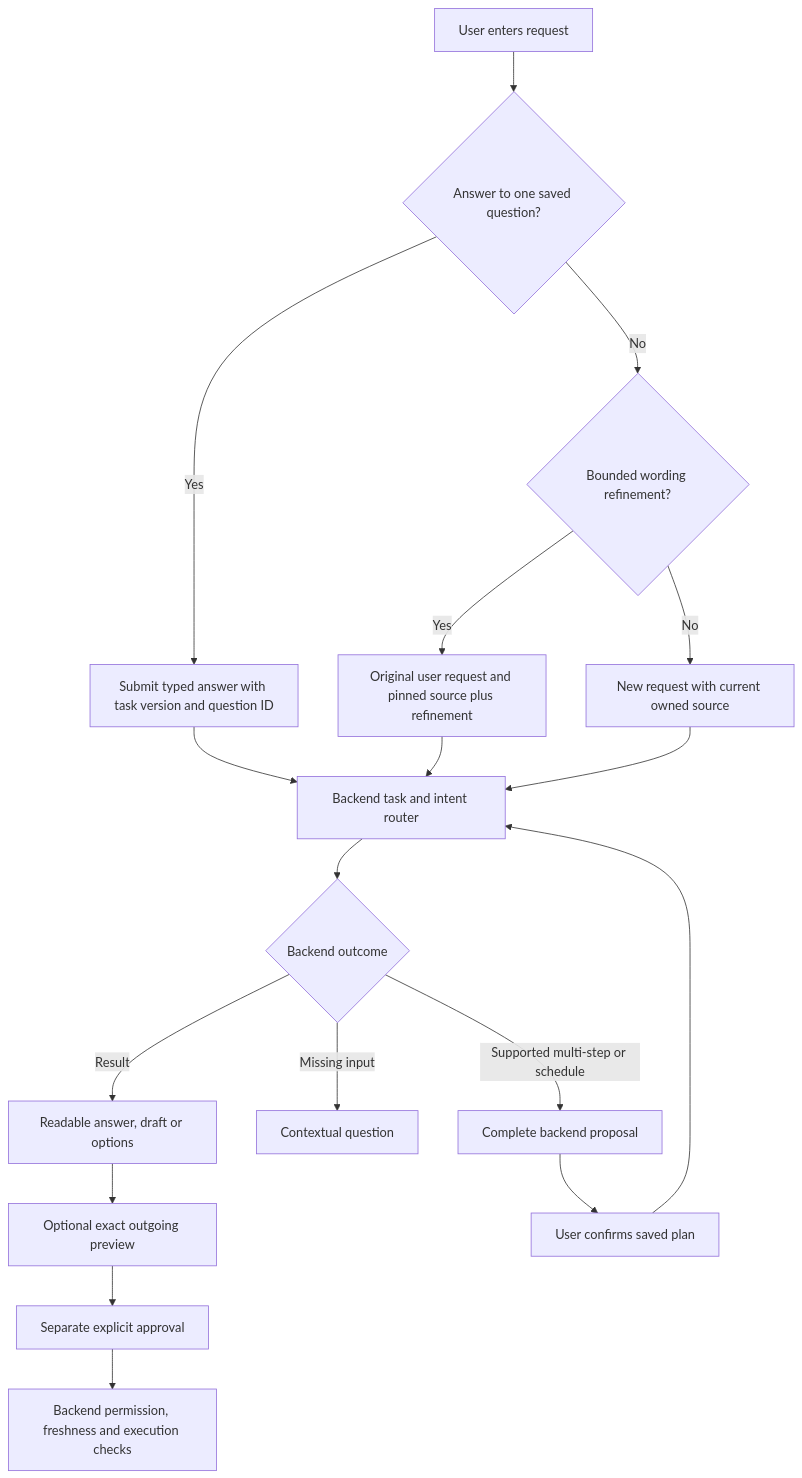
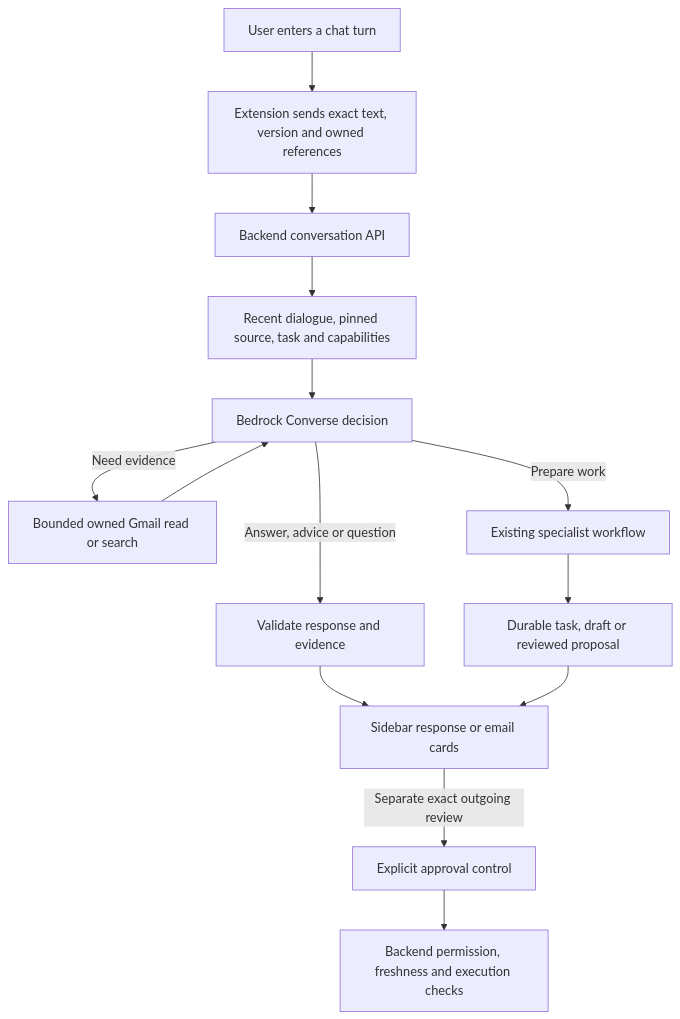
One commit to bhowmikdham/Threadly changed the diagram in docs/conversation-experience.md. Above: the diagram before and after it, drawn with Mermaid. The commit also changed other lines of this file and 2 other files, not shown here.

Commit message:
docs(frontend): align handoff with contextual conversation release

````diff
--- a/docs/conversation-experience.md
+++ b/docs/conversation-experience.md
@@ -42,20 +52,16 @@
 ```mermaid
 flowchart TD
-    A[User enters request] --> B{Answer to one saved question?}
-    B -->|Yes| C[Submit typed answer with task version and question ID]
-    B -->|No| D{Bounded wording refinement?}
-    D -->|Yes| E[Original user request and pinned source plus refinement]
-    D -->|No| F[New request with current owned source]
-    E --> G[Backend task and intent router]
-    F --> G
-    C --> G
-    G --> H{Backend outcome}
-    H -->|Result| I[Readable answer, draft or options]
-    H -->|Missing input| J[Contextual question]
-    H -->|Supported multi-step or schedule| K[Complete backend proposal]
-    K --> L[User confirms saved plan]
-    L --> G
-    I --> M[Optional exact outgoing preview]
-    M --> N[Separate explicit approval]
-    N --> O[Backend permission, freshness and execution checks]
+    A[User enters a chat turn] --> B[Extension sends exact text, version and owned references]
+    B --> C[Backend conversation API]
+    C --> D[Recent dialogue, pinned source, task and capabilities]
+    D --> E[Bedrock Converse decision]
+    E -->|Need evidence| F[Bounded owned Gmail read or search]
+    F --> E
+    E -->|Answer, advice or question| G[Validate response and evidence]
+    E -->|Prepare work| H[Existing specialist workflow]
+    G --> I[Sidebar response or email cards]
+    H --> J[Durable task, draft or reviewed proposal]
+    J --> I
+    I -->|Separate exact outgoing review| K[Explicit approval control]
+    K --> L[Backend permission, freshness and execution checks]
 ```
````
